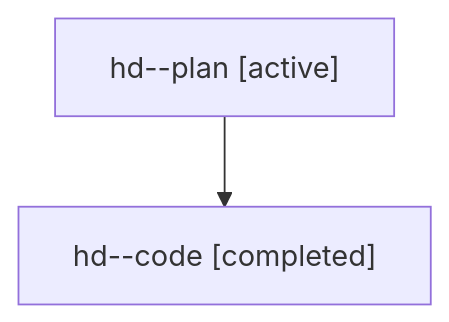
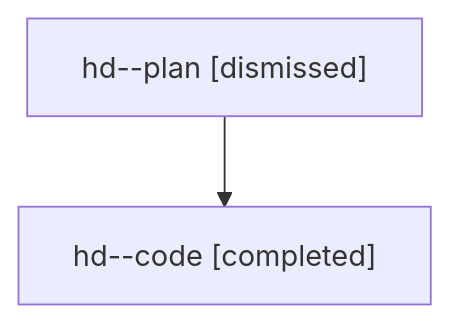
Before and after one commit to sase-org/sase--agents: the diagram in sessions/bbugyi200.athena.hd.md, drawn with Mermaid. The commit also changed other lines of this file and 37 other files, not shown here.

````diff
--- a/sessions/bbugyi200.athena.hd.md
+++ b/sessions/bbugyi200.athena.hd.md
@@ -9,6 +9,6 @@
 ```mermaid
 flowchart TD
-  n0["hd--plan [active]"]
+  n0["hd--plan [dismissed]"]
   n1["hd--code [completed]"]
   n0 --> n1
 ```
````
